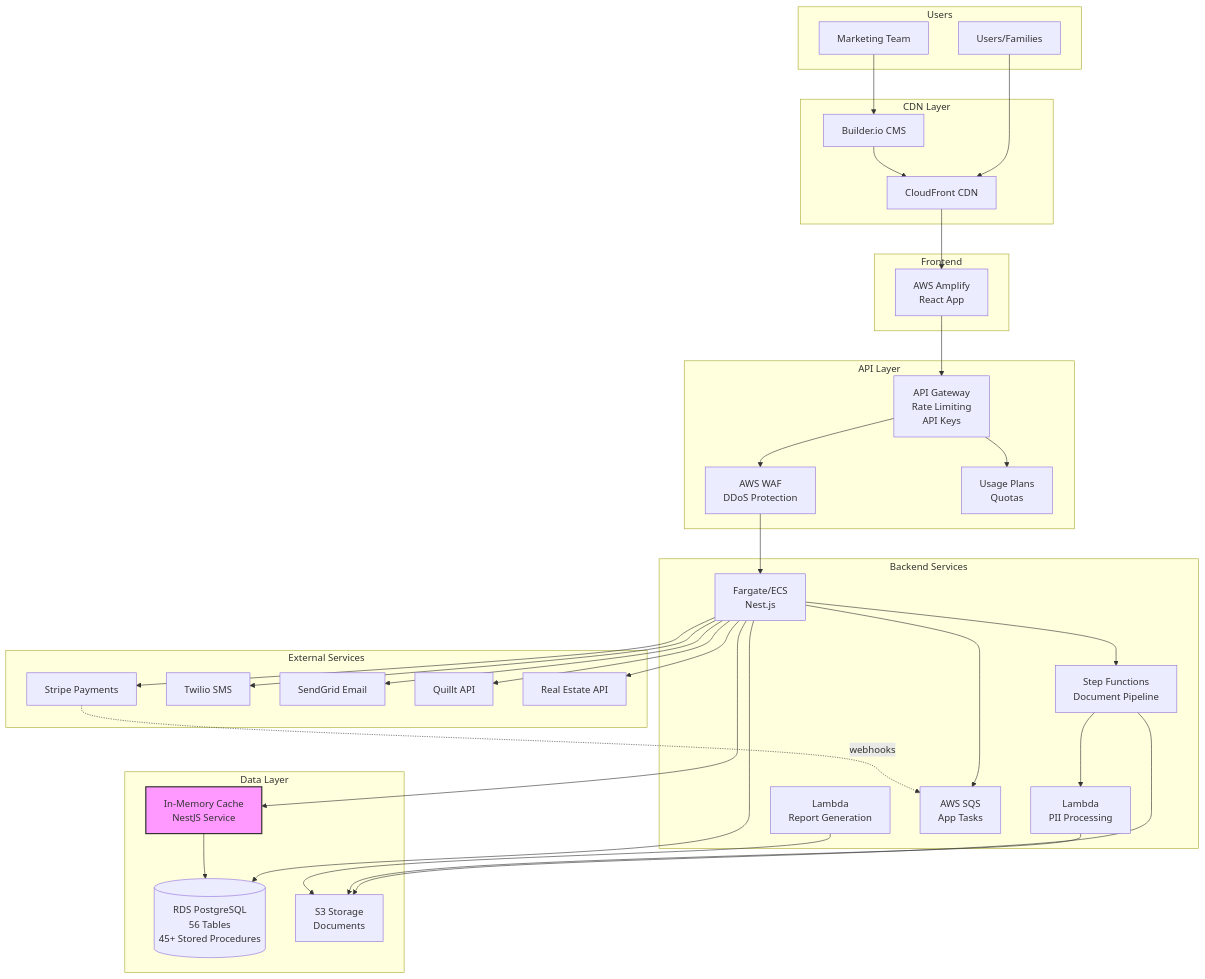
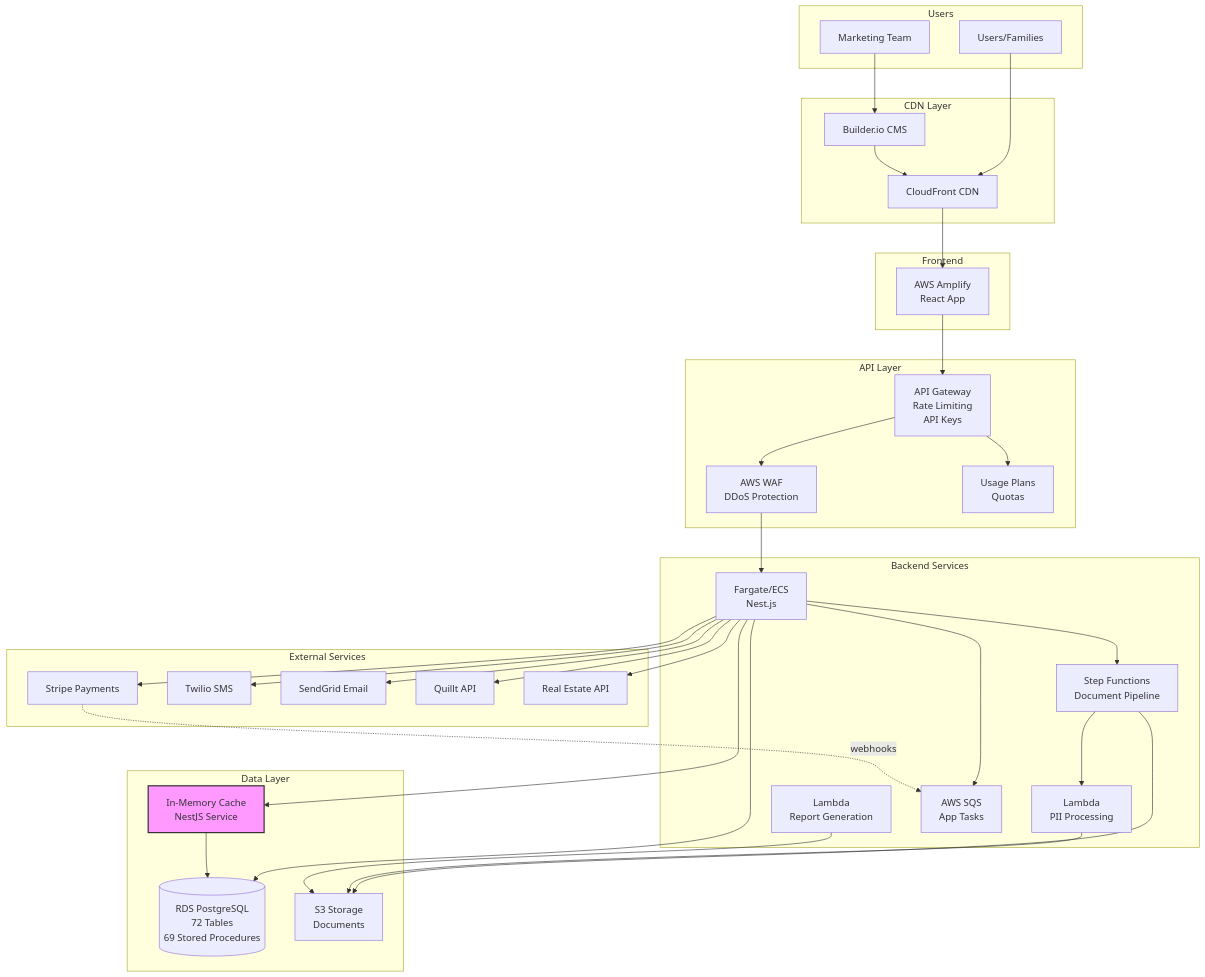
One commit to thseitz/FWD-INH changed the first of 2 diagrams in docs/architecture.md. Above: the diagram before and after it, drawn with Mermaid. The commit also changed other lines of this file and 16 other files, not shown here.

````diff
--- a/docs/architecture.md
+++ b/docs/architecture.md
@@ -51,67 +51,67 @@
 ```mermaid
 graph TB
     subgraph "Users"
         U[Users/Families]
         M[Marketing Team]
     end
     
     subgraph "CDN Layer"
         CF[CloudFront CDN]
         B[Builder.io CMS]
     end
     
     subgraph "Frontend"
         AMP[AWS Amplify<br/>React App]
     end
     
     subgraph "API Layer"
         AG[API Gateway<br/>Rate Limiting<br/>API Keys]
         WAF[AWS WAF<br/>DDoS Protection]
         USAGE[Usage Plans<br/>Quotas]
     end
     
     subgraph "Backend Services"
         ECS[Fargate/ECS<br/>Nest.js]
         SF[Step Functions<br/>Document Pipeline]
         L1[Lambda<br/>PII Processing]
         L2[Lambda<br/>Report Generation]
         SQS[AWS SQS<br/>App Tasks]
     end
     
     subgraph "Data Layer"
-        RDS[(RDS PostgreSQL<br/>56 Tables<br/>45+ Stored Procedures)]
+        RDS[(RDS PostgreSQL<br/>72 Tables<br/>69 Stored Procedures)]
         S3[S3 Storage<br/>Documents]
         MEM[In-Memory Cache<br/>NestJS Service]
     end
     
     subgraph "External Services"
         ST[Stripe Payments]
         TW[Twilio SMS]
         SG[SendGrid Email]
         Q[Quillt API]
         RE[Real Estate API]
     end
     
     U --> CF --> AMP
     M --> B --> CF
     AMP --> AG
     AG --> USAGE
     AG --> WAF --> ECS
     ECS --> RDS
     ECS --> MEM
     MEM --> RDS
     ECS --> SF
     SF --> L1
     SF --> S3
     ECS --> SQS
     L1 --> S3
     L2 --> S3
     ECS --> ST
     ECS --> TW
     ECS --> SG
     ECS --> Q
     ECS --> RE
     ST -.->|webhooks| SQS
     
     style MEM fill:#f9f,stroke:#333,stroke-width:2px
 ```
````
